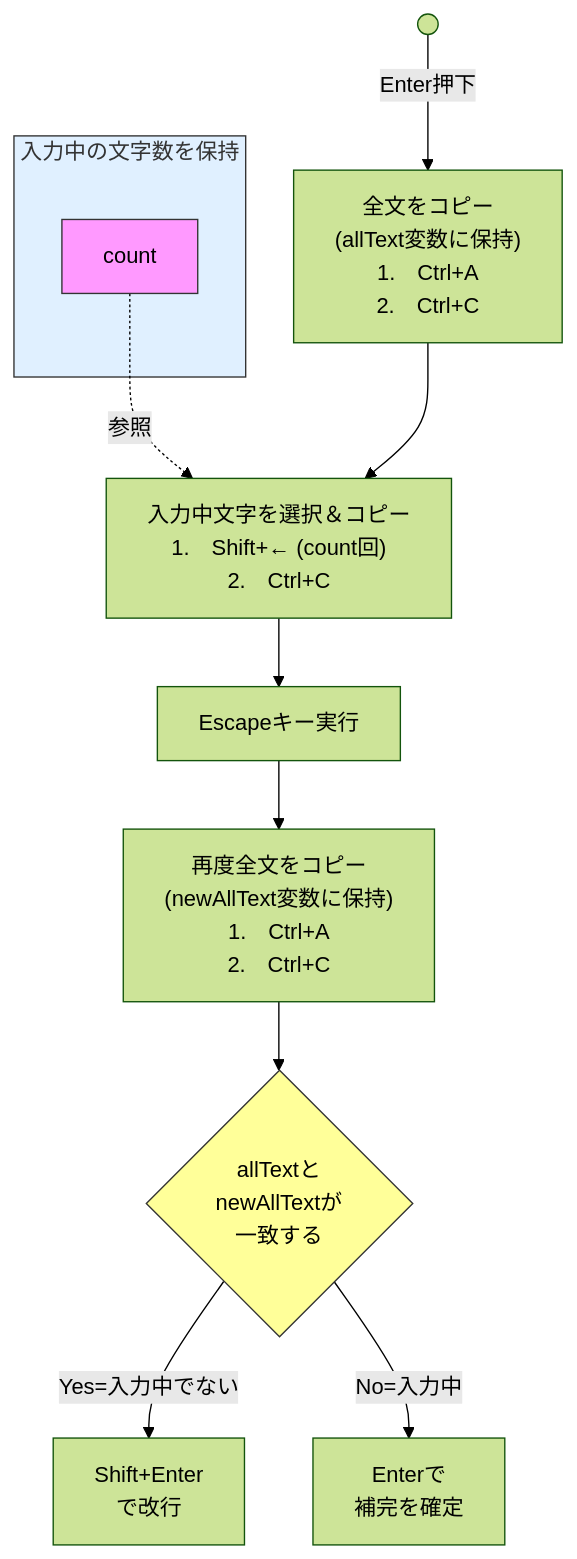
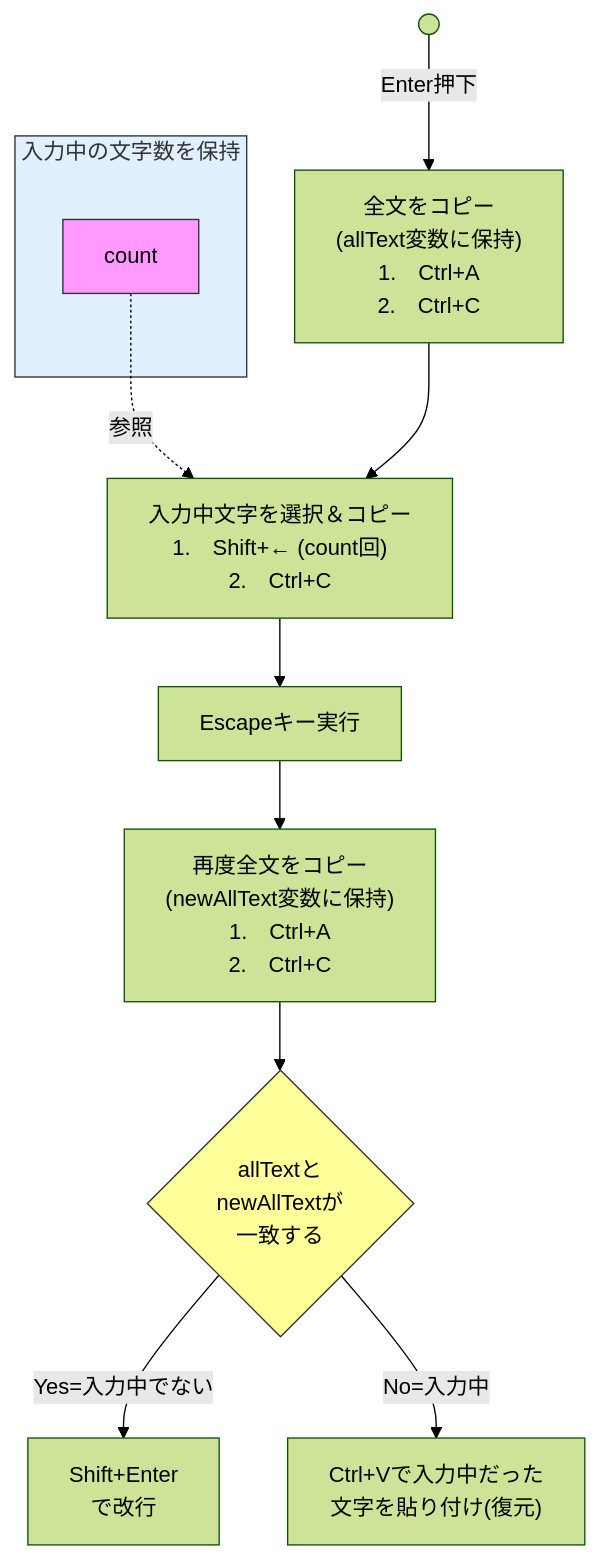
One commit to clumsy-ug/zenn-contents changed the first of 2 diagrams in articles/60fd71fac312e2.md. Above: the diagram before and after it, drawn with Mermaid (forest theme).

Commit message:
図の表現を修正

````diff
--- a/articles/60fd71fac312e2.md
+++ b/articles/60fd71fac312e2.md
@@ -159,31 +159,31 @@
 ```mermaid
 flowchart TD
     subgraph GlobalState[入力中の文字数を保持]
         CountVar[count]
     end
 
     START(( )) -->|Enter押下| B["全文をコピー
     (allText変数に保持)
     1.　Ctrl+A
     2.　Ctrl+C"]
     CountVar -.->|参照| C
     B --> C["入力中文字を選択＆コピー
     1.　Shift+← (count回)
     2.　Ctrl+C"]
     C --> D["Escapeキー実行"]
     D --> E["再度全文をコピー
     (newAllText変数に保持)
     1.　Ctrl+A
     2.　Ctrl+C"]
     E --> F{"allTextと
     newAllTextが
     一致する"}
     F -->|Yes=入力中でない| G["Shift+Enter
     で改行"]
-    F -->|No=入力中| H["Enterで
-    補完を確定"]
+    F -->|No=入力中| H["Ctrl+Vで入力中だった
+    文字を貼り付け(復元)"]
 
     style GlobalState fill:#e0f0ff,stroke:#333
     style CountVar fill:#f9f,stroke:#333
     style F fill:#ff9,stroke:#333
 ```
````
